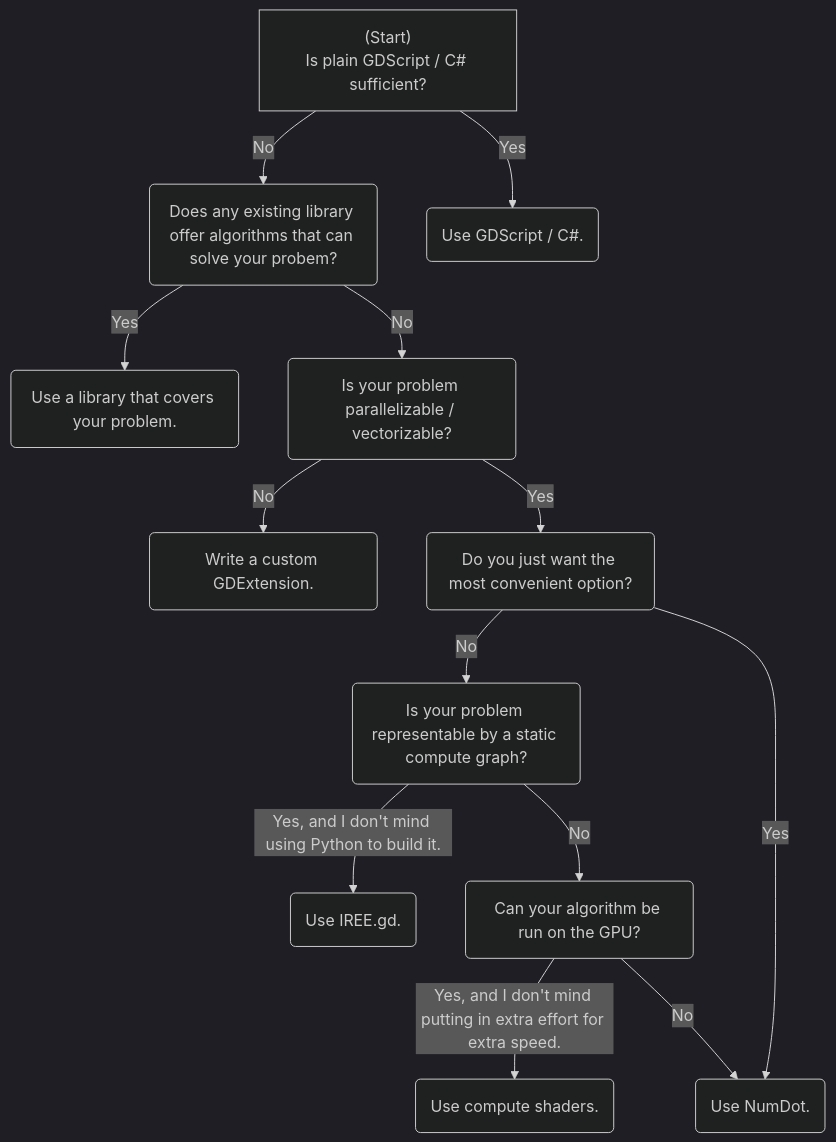
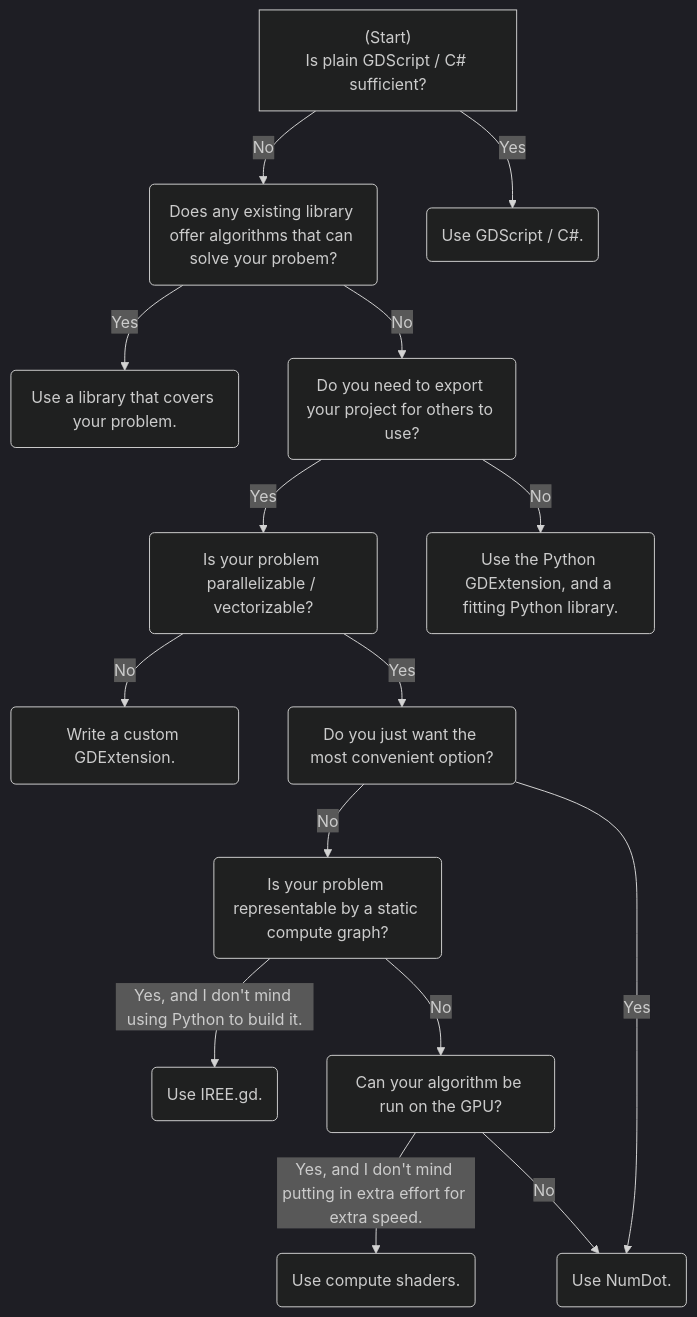
The diagram in README.md (Ivorforce/Awesome-Godot-Scientific), drawn with Mermaid (dark theme) before and after one commit.

````diff
--- a/README.md
+++ b/README.md
@@ -22,15 +22,17 @@
 ```mermaid
 flowchart TD
     Start["(Start)<br>Is plain GDScript / C# sufficient?"] -->|No| ExistingLibrary(Does any existing library offer algorithms that can solve your probem?)
     Start -->|Yes| GDScript(Use GDScript / C#.)
     ExistingLibrary -->|Yes| UseExistingLibrary(Use a library that covers your problem.)
-    ExistingLibrary -->|No| Vectorizable(Is your problem parallelizable / vectorizable?)
+    ExistingLibrary -->|No| Export(Do you need to export your project for others to use?)
+    Export -->|Yes| Vectorizable(Is your problem parallelizable / vectorizable?)
+    Export -->|No| Python(Use the Python GDExtension, and a fitting Python library.)
     Vectorizable -->|No| GDExtension(Write a custom GDExtension.)
     Vectorizable -->|Yes| Convenient(Do you just want the most convenient option?)
     Convenient -->|No| Static(Is your problem representable by a static compute graph?)
     Convenient -->|Yes| NumDot(Use NumDot.)
     Static -->|Yes, and I don't mind using Python to build it.| IREE(Use IREE.gd.)
     Static -->|No| GPU("Can your algorithm be run on the GPU?")
     GPU -->|Yes, and I don't mind putting in extra effort for extra speed.| ComputeShader(Use compute shaders.)
     GPU -->|No| NumDot(Use NumDot.)
 ```
````
